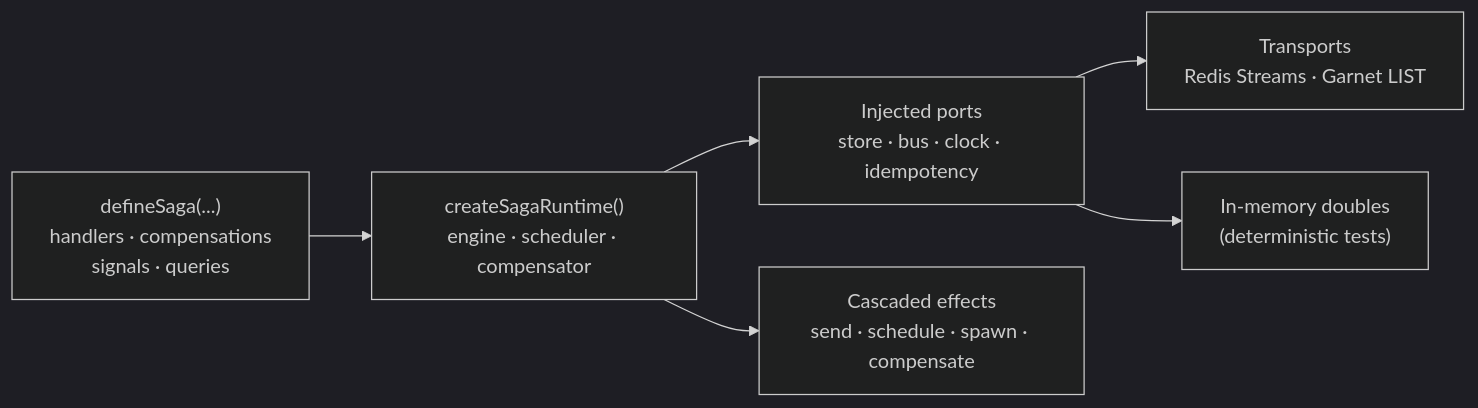
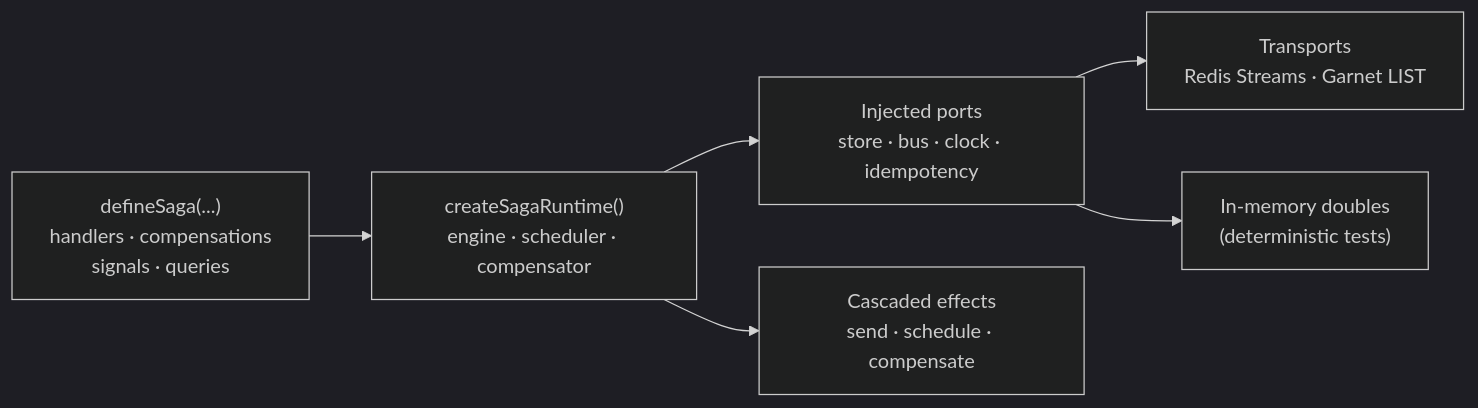
Before and after one commit to rickylabs/netscript: the diagram in packages/plugin-sagas-core/README.md, drawn with Mermaid (dark theme). The commit also changed other lines of this file and 5 other files, not shown here.

````diff
--- a/packages/plugin-sagas-core/README.md
+++ b/packages/plugin-sagas-core/README.md
@@ -40,8 +40,8 @@
 ```mermaid
 flowchart LR
     D["defineSaga(...)<br/>handlers · compensations<br/>signals · queries"] --> R["createSagaRuntime()<br/>engine · scheduler · compensator"]
     R --> P["Injected ports<br/>store · bus · clock · idempotency"]
     P --> T["Transports<br/>Redis Streams · Garnet LIST"]
     P --> Mem["In-memory doubles<br/>(deterministic tests)"]
-    R --> FX["Cascaded effects<br/>send · schedule · spawn · compensate"]
+    R --> FX["Cascaded effects<br/>send · schedule · compensate"]
 ```
````
